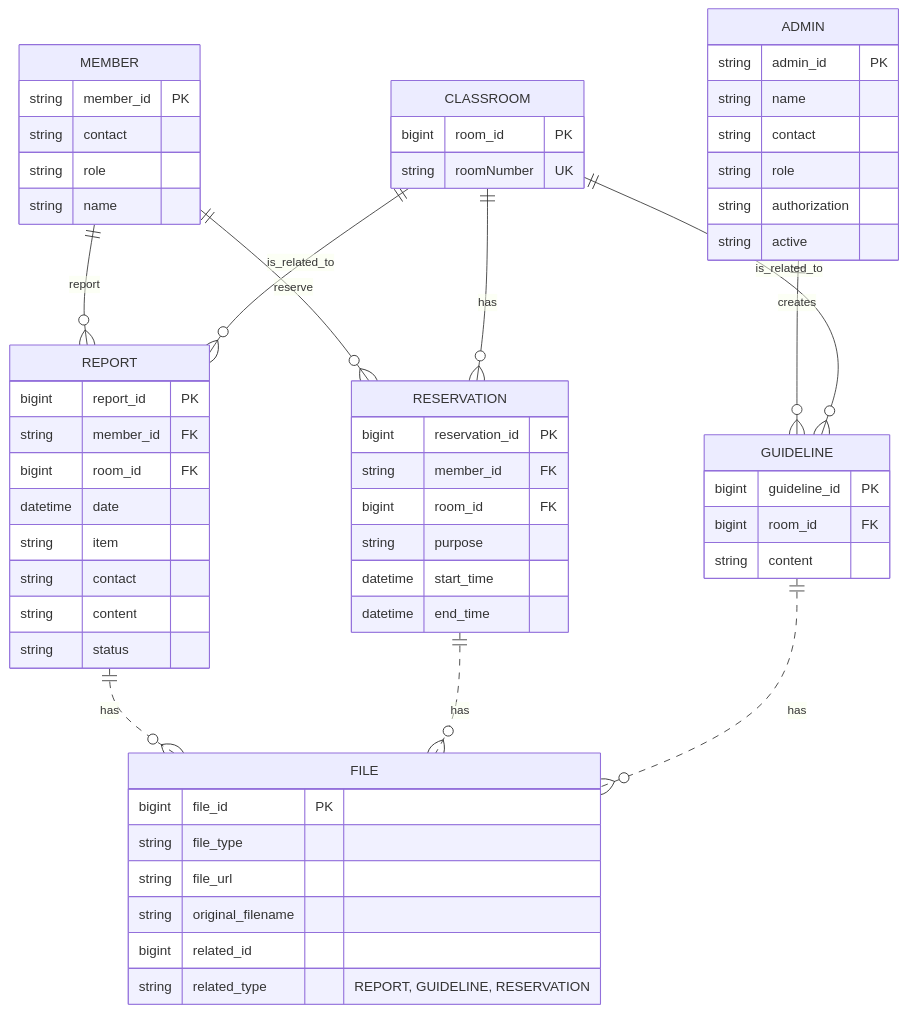
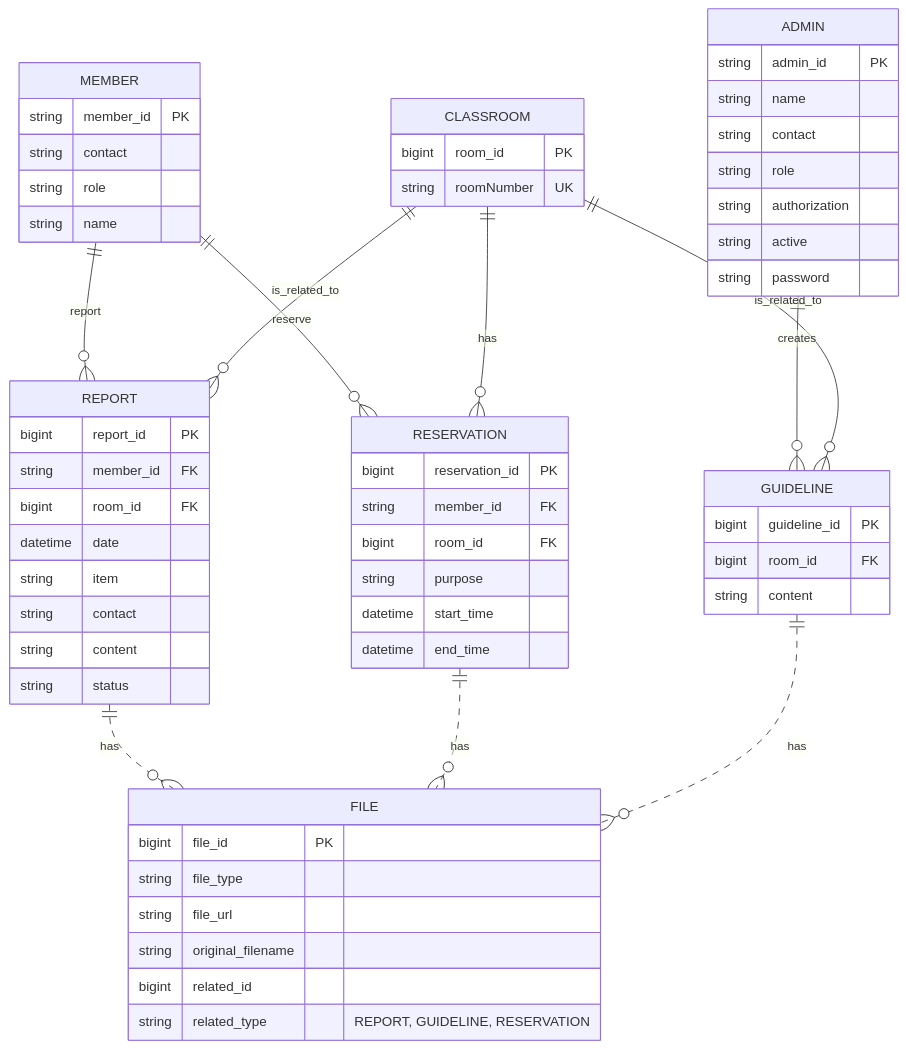
One commit to ClassRoomManager-Woowa-Tech-Course/back changed the first of 2 diagrams in redeme.md. Above: the diagram before and after it, drawn with Mermaid. The commit also changed other lines of this file, not shown here.

Commit message:
docs(readme): admin의 password 누락 수정

````diff
--- a/redeme.md
+++ b/redeme.md
@@ -2,69 +2,70 @@
 ```mermaid 
 erDiagram
     MEMBER {
         string member_id PK
         string contact
         string role
         string name
     }
 
     ADMIN {
         string admin_id PK
         string name
         string contact
         string role
         string authorization
         string active
+        string password
     }
 
     CLASSROOM {
         bigint room_id PK
         string roomNumber UK
     }
 
     REPORT {
         bigint report_id PK
         string member_id FK
         bigint room_id FK
         datetime date
         string item
         string contact
         string content
         string status
     }
     
     RESERVATION {
         bigint reservation_id PK
         string member_id FK
         bigint room_id FK
         string purpose
         datetime start_time
         datetime end_time
     }
     
     GUIDELINE {
         bigint guideline_id PK
         bigint room_id FK
         string content
     }
     
     FILE {
         bigint file_id PK
         string file_type
         string file_url
         string original_filename
         bigint related_id
         string related_type "REPORT, GUIDELINE, RESERVATION"
     }
     
     MEMBER ||--o{ REPORT : "report"
     MEMBER ||--o{ RESERVATION : "reserve"
     CLASSROOM ||--o{ RESERVATION : "has"
     CLASSROOM ||--o{ REPORT : "is_related_to"
     ADMIN ||--o{ GUIDELINE :"creates"
     CLASSROOM ||--o{ GUIDELINE : "is_related_to"
     
     REPORT ||..o{ FILE : "has"
     RESERVATION ||..o{ FILE : "has"
     GUIDELINE ||..o{ FILE : "has"
 ```
````
